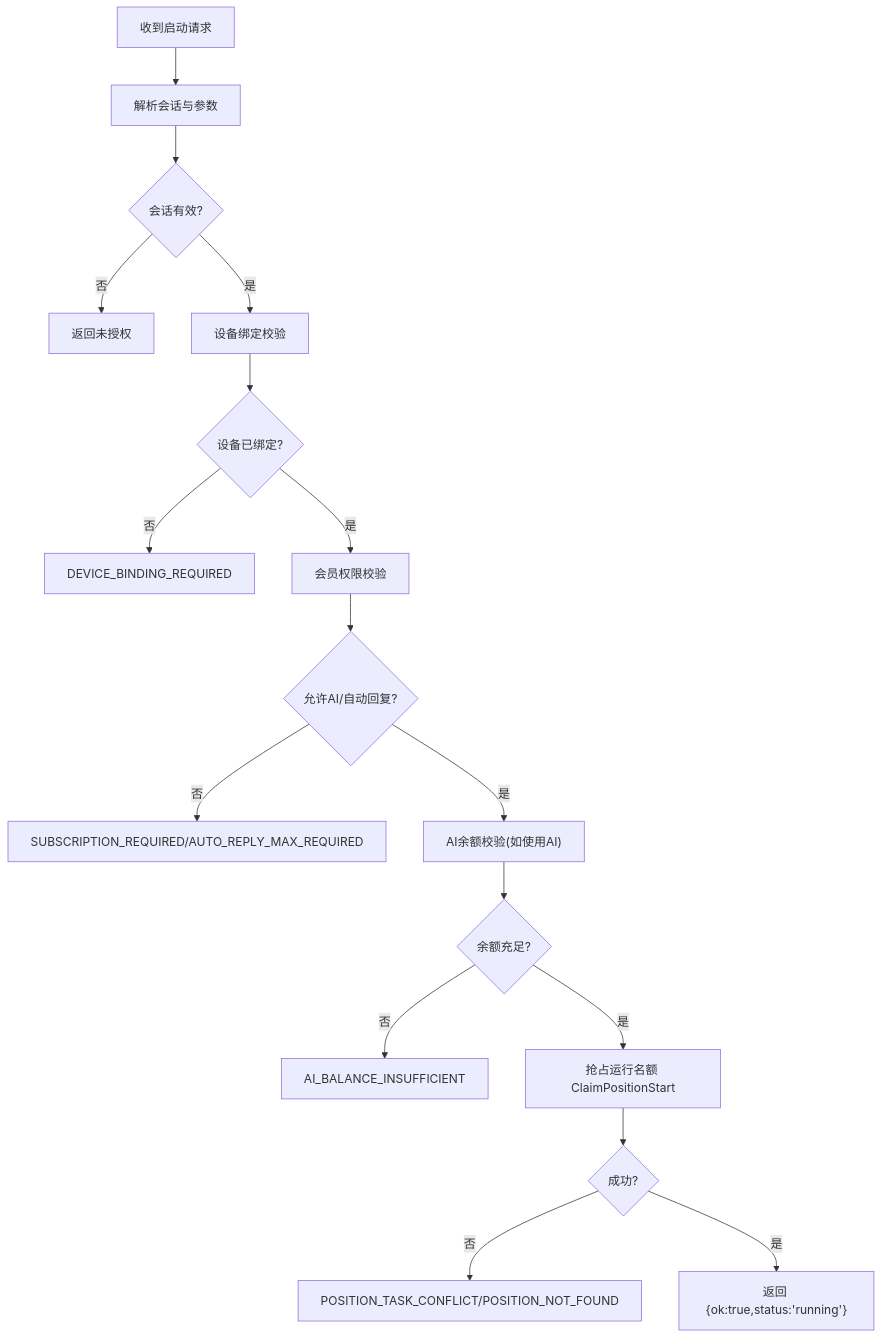
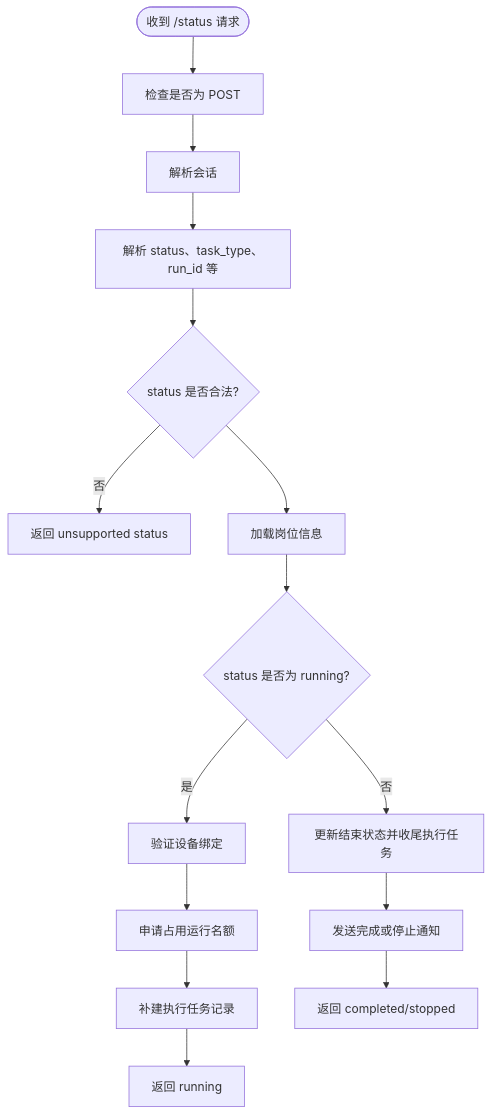
Before and after one commit to alvinwangzi/goodhr: the sixth of 9 diagrams in .qoder/repowiki/zh/content/API接口文档/云端REST API/岗位管理API/岗位执行控制接口.md, drawn with Mermaid. The commit also changed other lines of this file and 149 other files, not shown here.

````diff
--- a/.qoder/repowiki/zh/content/API接口文档/云端REST API/岗位管理API/岗位执行控制接口.md
+++ b/.qoder/repowiki/zh/content/API接口文档/云端REST API/岗位管理API/岗位执行控制接口.md
@@ -118,19 +255,17 @@
 ```mermaid
 flowchart TD
-A["收到启动请求"] --> B["解析会话与参数"]
-B --> C{"会话有效?"}
-C -- 否 --> E["返回未授权"]
-C -- 是 --> D["设备绑定校验"]
-D --> F{"设备已绑定?"}
-F -- 否 --> G["DEVICE_BINDING_REQUIRED"]
-F -- 是 --> H["会员权限校验"]
-H --> I{"允许AI/自动回复?"}
-I -- 否 --> J["SUBSCRIPTION_REQUIRED/AUTO_REPLY_MAX_REQUIRED"]
-I -- 是 --> K["AI余额校验(如使用AI)"]
-K --> L{"余额充足?"}
-L -- 否 --> M["AI_BALANCE_INSUFFICIENT"]
-L -- 是 --> N["抢占运行名额 ClaimPositionStart"]
-N --> O{"成功?"}
-O -- 否 --> P["POSITION_TASK_CONFLICT/POSITION_NOT_FOUND"]
-O -- 是 --> Q["返回 {ok:true,status:'running'}"]
+StatusStart(["收到 /status 请求"]) --> MethodCheck["检查是否为 POST"]
+MethodCheck --> Session["解析会话"]
+Session --> Decode["解析 status、task_type、run_id 等"]
+Decode --> ValidateStatus{"status 是否合法?"}
+ValidateStatus --> |否| InvalidStatus["返回 unsupported status"]
+ValidateStatus --> LoadPosition["加载岗位信息"]
+LoadPosition --> RunningCheck{"status 是否为 running?"}
+RunningCheck --> |是| VerifyDevice["验证设备绑定"]
+VerifyDevice --> ClaimRunning["申请占用运行名额"]
+ClaimRunning --> CreateRunIfMissing["补建执行任务记录"]
+CreateRunIfMissing --> ReturnRunning["返回 running"]
+RunningCheck --> |否| FinishRun["更新结束状态并收尾执行任务"]
+FinishRun --> SendNotice["发送完成或停止通知"]
+SendNotice --> ReturnEnd["返回 completed/stopped"]
 ```
````
